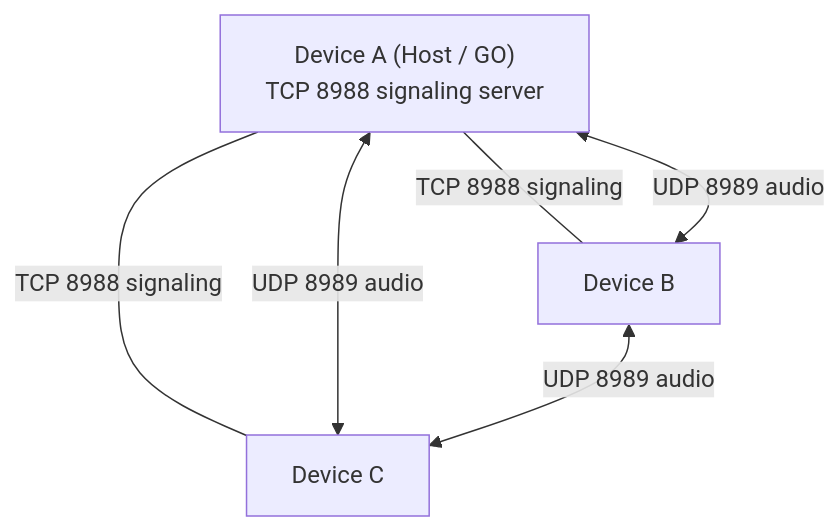
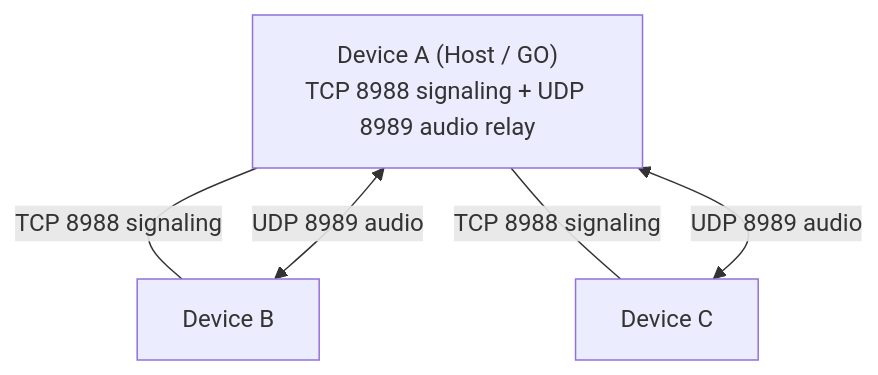
Before and after one commit to Starlordzz/sunsetripple: the first of 2 diagrams in docs/wiki/en/Room-Modes.md, drawn with Mermaid. The commit also changed other lines of this file and 36 other files, not shown here.

````diff
--- a/docs/wiki/en/Room-Modes.md
+++ b/docs/wiki/en/Room-Modes.md
@@ -27,12 +28,11 @@
 ```mermaid
 flowchart TD
-    GO["Device A (Host / GO)<br/>TCP 8988 signaling server"]
+    GO["Device A (Host / GO)<br/>TCP 8988 signaling + UDP 8989 audio relay"]
     B["Device B"]
     C["Device C"]
 
     GO ---|"TCP 8988 signaling"| B
     GO ---|"TCP 8988 signaling"| C
-    GO <-->|"UDP 8989 audio"| B
-    GO <-->|"UDP 8989 audio"| C
-    B <-->|"UDP 8989 audio"| C
+    B <-->|"UDP 8989 audio"| GO
+    C <-->|"UDP 8989 audio"| GO
 ```
````
